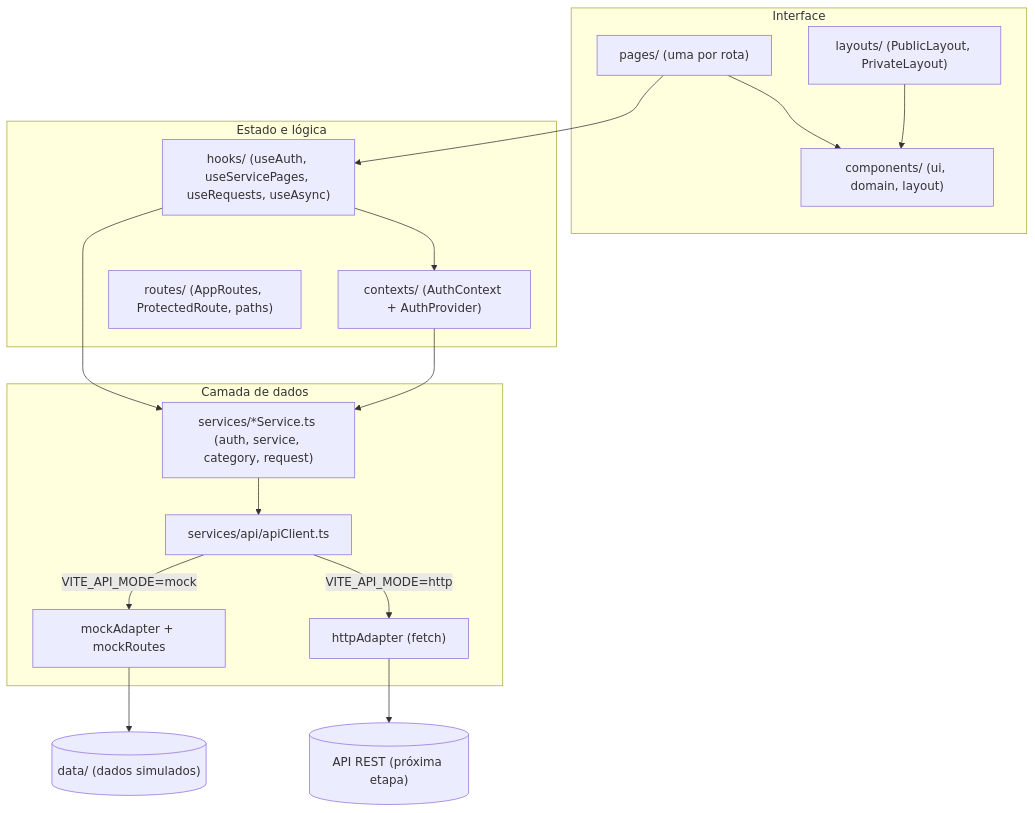
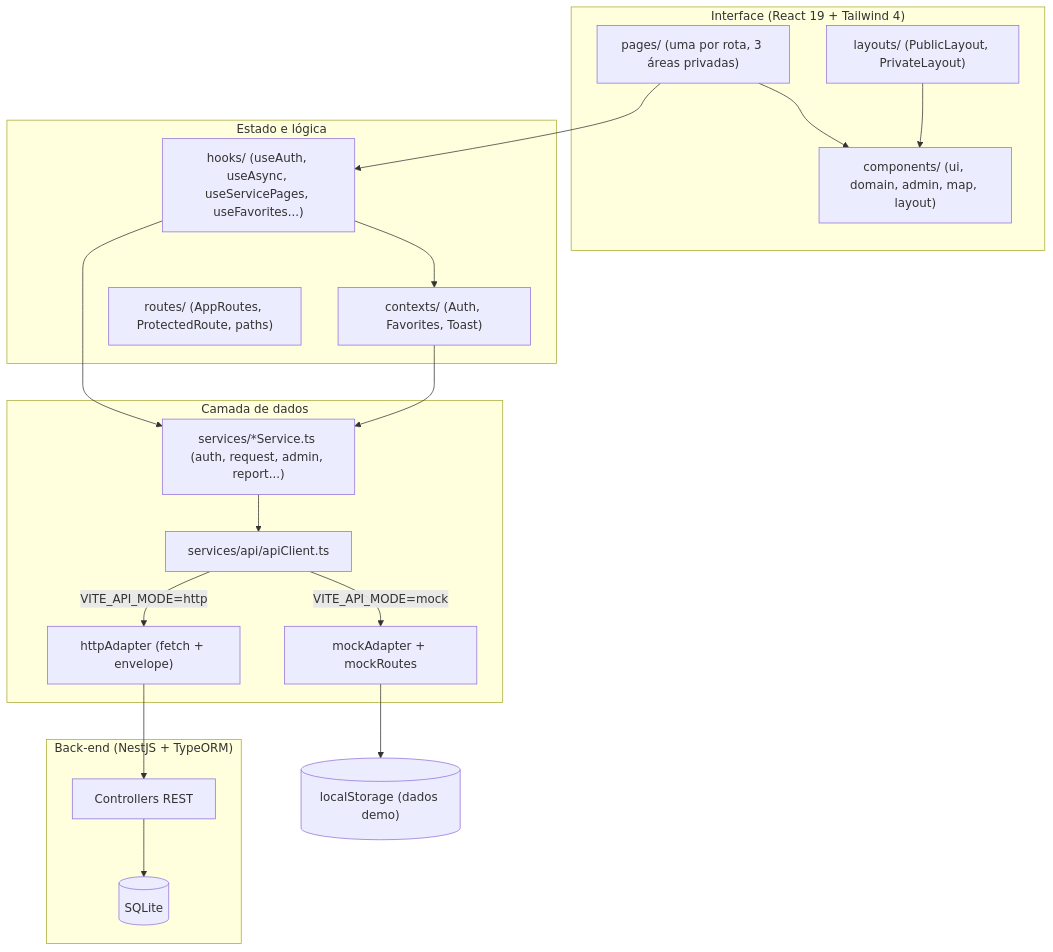
Before and after one commit to 16Jorgecamargo/agroserv: the fifth of 10 diagrams in docs/flowcharts.md, drawn with Mermaid. The commit also changed other lines of this file and 18 other files, not shown here.

First line of the commit message:
feat(F7-06): final documentation and regenerated flowcharts

````diff
--- a/docs/flowcharts.md
+++ b/docs/flowcharts.md
@@ -152,33 +206,37 @@
 ```mermaid
 flowchart TB
-    subgraph UI["Interface"]
-        pages["pages/ (uma por rota)"]
-        components["components/ (ui, domain, layout)"]
+    subgraph UI["Interface (React 19 + Tailwind 4)"]
+        pages["pages/ (uma por rota, 3 áreas privadas)"]
+        components["components/ (ui, domain, admin, map, layout)"]
         layouts["layouts/ (PublicLayout, PrivateLayout)"]
     end
     subgraph State["Estado e lógica"]
-        hooks["hooks/ (useAuth, useServicePages, useRequests, useAsync)"]
-        contexts["contexts/ (AuthContext + AuthProvider)"]
+        hooks["hooks/ (useAuth, useAsync, useServicePages, useFavorites...)"]
+        contexts["contexts/ (Auth, Favorites, Toast)"]
         routes["routes/ (AppRoutes, ProtectedRoute, paths)"]
     end
     subgraph Data["Camada de dados"]
-        services["services/*Service.ts (auth, service, category, request)"]
+        services["services/*Service.ts (auth, request, admin, report...)"]
         client["services/api/apiClient.ts"]
         mock["mockAdapter + mockRoutes"]
-        http["httpAdapter (fetch)"]
+        http["httpAdapter (fetch + envelope)"]
     end
-    seeds[("data/ (dados simulados)")]
-    backend[("API REST (próxima etapa)")]
+    seeds[("localStorage (dados demo)")]
+    subgraph Backend["Back-end (NestJS + TypeORM)"]
+        api["Controllers REST"]
+        db[("SQLite")]
+    end
 
     pages --> components
     layouts --> components
     pages --> hooks
     hooks --> contexts
     hooks --> services
     contexts --> services
     services --> client
     client -->|VITE_API_MODE=mock| mock
     client -->|VITE_API_MODE=http| http
     mock --> seeds
-    http --> backend
+    http --> api
+    api --> db
 ```
````
